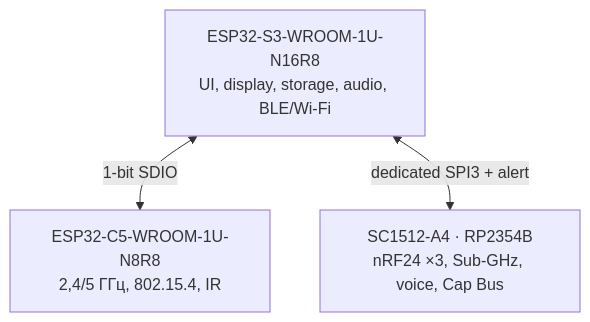
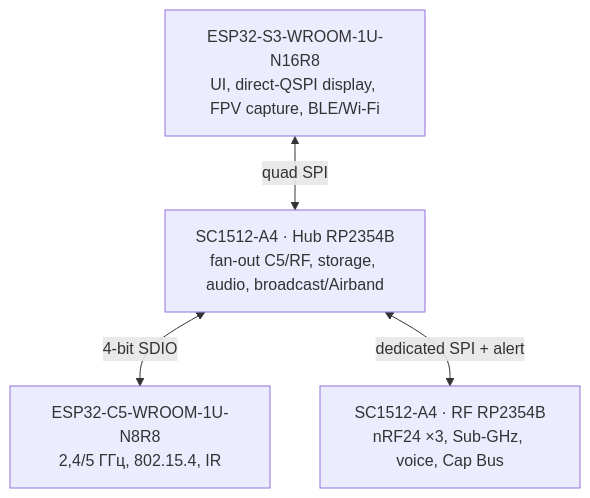
The diagram in docs/hardware.ru.md (anton-vinogradov/esp32-leshy2), drawn with Mermaid before and after one commit. The commit also changed other lines of this file and 25 other files, not shown here.

````diff
--- a/docs/hardware.ru.md
+++ b/docs/hardware.ru.md
@@ -23,8 +27,10 @@
 ```mermaid
 flowchart TB
-  S3["ESP32-S3-WROOM-1U-N16R8<br/>UI, display, storage, audio, BLE/Wi-Fi"]
+  S3["ESP32-S3-WROOM-1U-N16R8<br/>UI, direct-QSPI display, FPV capture, BLE/Wi-Fi"]
   C5["ESP32-C5-WROOM-1U-N8R8<br/>2,4/5 ГГц, 802.15.4, IR"]
-  RP["SC1512-A4 · RP2354B<br/>nRF24 ×3, Sub-GHz, voice, Cap Bus"]
-  S3 <-->|"1-bit SDIO"| C5
-  S3 <-->|"dedicated SPI3 + alert"| RP
+  HUB["SC1512-A4 · Hub RP2354B<br/>fan-out C5/RF, storage, audio, broadcast/Airband"]
+  RF["SC1512-A4 · RF RP2354B<br/>nRF24 ×3, Sub-GHz, voice, Cap Bus"]
+  S3 <-->|"quad SPI"| HUB
+  HUB <-->|"4-bit SDIO"| C5
+  HUB <-->|"dedicated SPI + alert"| RF
 ```
````
